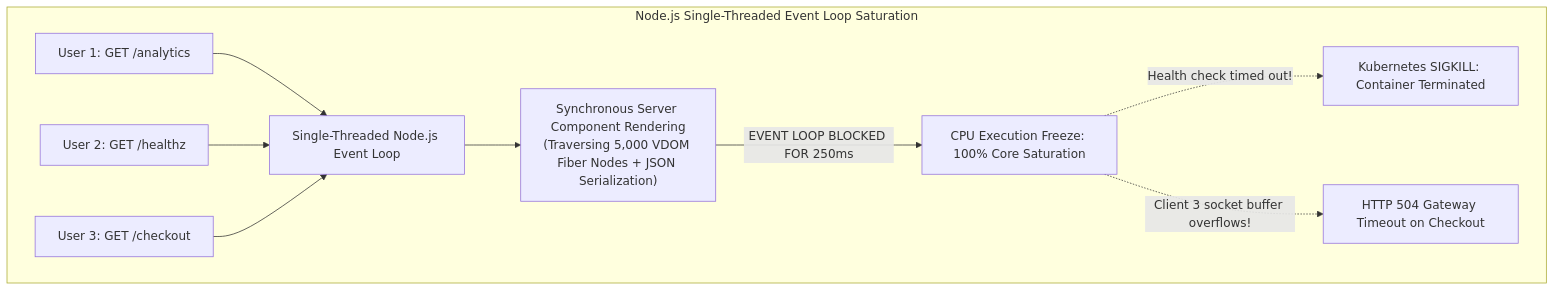
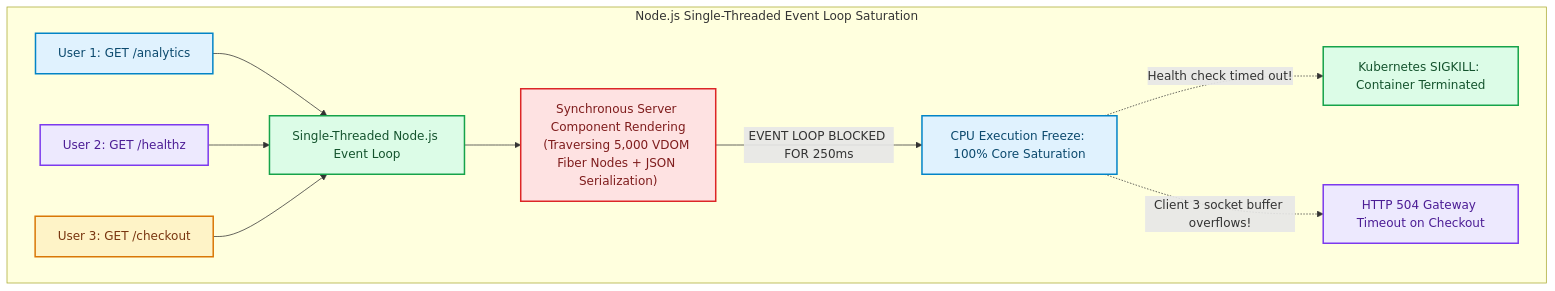
The first of 2 diagrams in blog/posts/nodejs-event-loop-trap-react-server-components-cpu-starvation.md (akmalkhaniub/akmalkhaniub.github.io), drawn with Mermaid before and after one commit. The commit also changed other lines of this file and 1291 other files, not shown here.

First line of the commit message:
feat(catalog): unique covers, scholarly references, and diagram palettes

````diff
--- a/blog/posts/nodejs-event-loop-trap-react-server-components-cpu-starvation.md
+++ b/blog/posts/nodejs-event-loop-trap-react-server-components-cpu-starvation.md
@@ -20,15 +20,26 @@
 ```mermaid
 flowchart TD
   subgraph SG1_NodeJsSingle ["Node.js Single-Threaded Event Loop Saturation"]
-    Client1[User 1: GET /analytics] --> Ingress[Single-Threaded Node.js Event Loop]
-    Client2[User 2: GET /healthz] --> Ingress
-    Client3[User 3: GET /checkout] --> Ingress
+    Client1["User 1: GET /analytics"] --> Ingress["Single-Threaded Node.js Event Loop"]
+    Client2["User 2: GET /healthz"] --> Ingress
+    Client3["User 3: GET /checkout"] --> Ingress
 
     Ingress --> HeavyRSC["Synchronous Server Component Rendering<br/>(Traversing 5,000 VDOM Fiber Nodes + JSON Serialization)"]
     
-    HeavyRSC -->|EVENT LOOP BLOCKED FOR 250ms| ThreadFreeze[CPU Execution Freeze: 100% Core Saturation]
+    HeavyRSC -->|EVENT LOOP BLOCKED FOR 250ms| ThreadFreeze["CPU Execution Freeze: 100% Core Saturation"]
     
     ThreadFreeze -.->|Health check timed out!| K8sKill["Kubernetes SIGKILL: Container Terminated"]
     ThreadFreeze -.->|Client 3 socket buffer overflows!| SocketDrop["HTTP 504 Gateway Timeout on Checkout"]
   end
+
+classDef green fill:#dcfce7,stroke:#16a34a,stroke-width:2px,color:#14532d;
+classDef red fill:#fee2e2,stroke:#dc2626,stroke-width:2px,color:#7f1d1d;
+classDef blue fill:#e0f2fe,stroke:#0284c7,stroke-width:2px,color:#0c4a6e;
+classDef yellow fill:#fef3c7,stroke:#d97706,stroke-width:2px,color:#78350f;
+classDef purple fill:#ede9fe,stroke:#7c3aed,stroke-width:2px,color:#4c1d95;
+class Client1,ThreadFreeze blue
+class Ingress,K8sKill green
+class Client2,SocketDrop purple
+class Client3 yellow
+class HeavyRSC red
 ```
````
